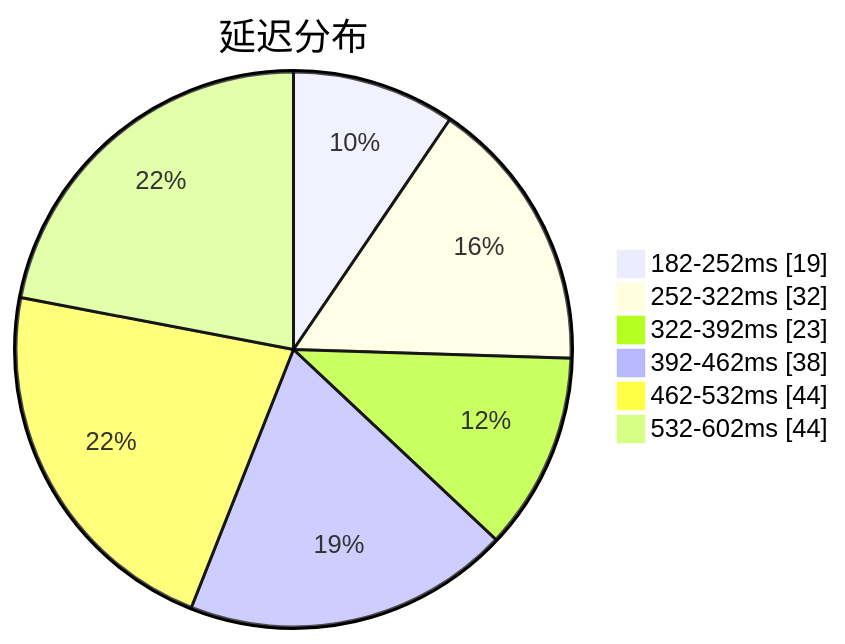
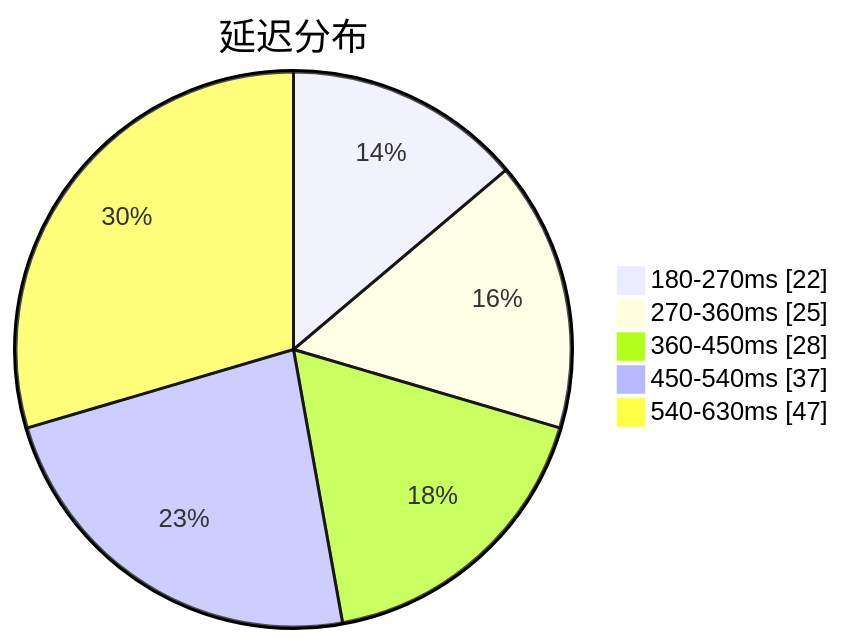
One commit to qjlxg/airport changed the first of 3 diagrams in subs/statistics/tested_within.md. Above: the diagram before and after it, drawn with Mermaid. The commit also changed other lines of this file and 2 other files, not shown here.

````diff
--- a/subs/statistics/tested_within.md
+++ b/subs/statistics/tested_within.md
@@ -2,10 +2,9 @@
 ```mermaid
 pie showData
 title 延迟分布
-"182-252ms" : 19
-"252-322ms" : 32
-"322-392ms" : 23
-"392-462ms" : 38
-"462-532ms" : 44
-"532-602ms" : 44
+"180-270ms" : 22
+"270-360ms" : 25
+"360-450ms" : 28
+"450-540ms" : 37
+"540-630ms" : 47
 ```
````
